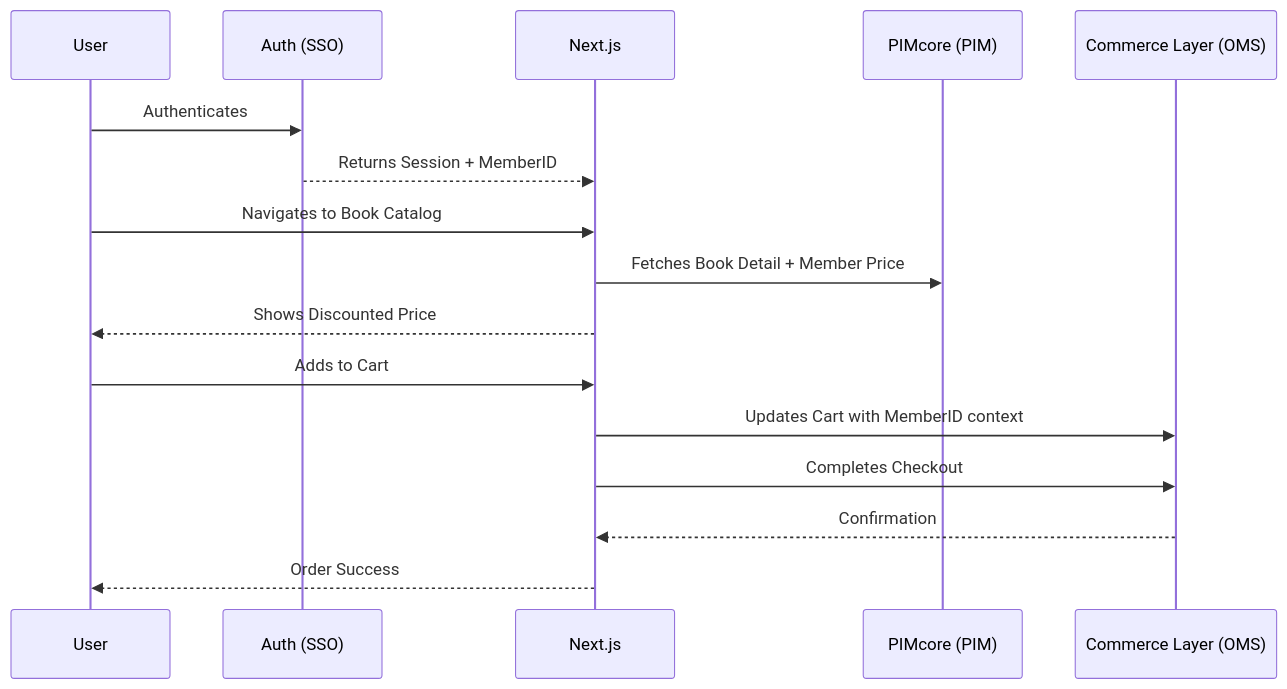
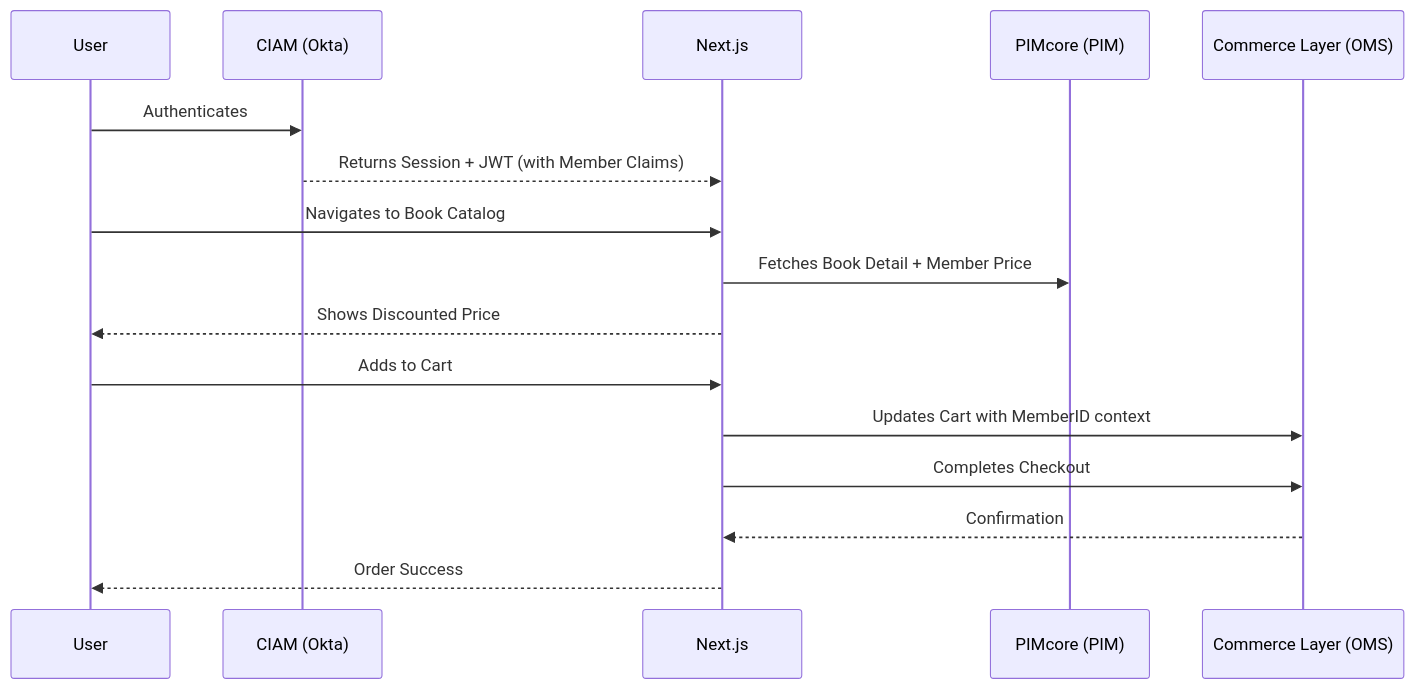
The fifth of 7 diagrams in BSAVA_MACH_ARCHITECTURE_DIAGRAM.md (timbowdeniona/bsava-com), drawn with Mermaid before and after one commit. The commit also changed other lines of this file, not shown here.

Commit message:
docs: Update architecture diagram to replace Salesforce SSO with Okta CIAM

````diff
--- a/BSAVA_MACH_ARCHITECTURE_DIAGRAM.md
+++ b/BSAVA_MACH_ARCHITECTURE_DIAGRAM.md
@@ -201,19 +200,19 @@
 ```mermaid
 sequenceDiagram
     participant U as User
-    participant SSO as Auth (SSO)
+    participant CIAM as CIAM (Okta)
     participant N as Next.js
     participant P as PIMcore (PIM)
     participant CL as Commerce Layer (OMS)
 
-    U->>SSO: Authenticates
-    SSO-->>N: Returns Session + MemberID
+    U->>CIAM: Authenticates
+    CIAM-->>N: Returns Session + JWT (with Member Claims)
     U->>N: Navigates to Book Catalog
     N->>P: Fetches Book Detail + Member Price
     N-->>U: Shows Discounted Price
     U->>N: Adds to Cart
     N->>CL: Updates Cart with MemberID context
     N->>CL: Completes Checkout
     CL-->>N: Confirmation
     N-->>U: Order Success
 ```
````
